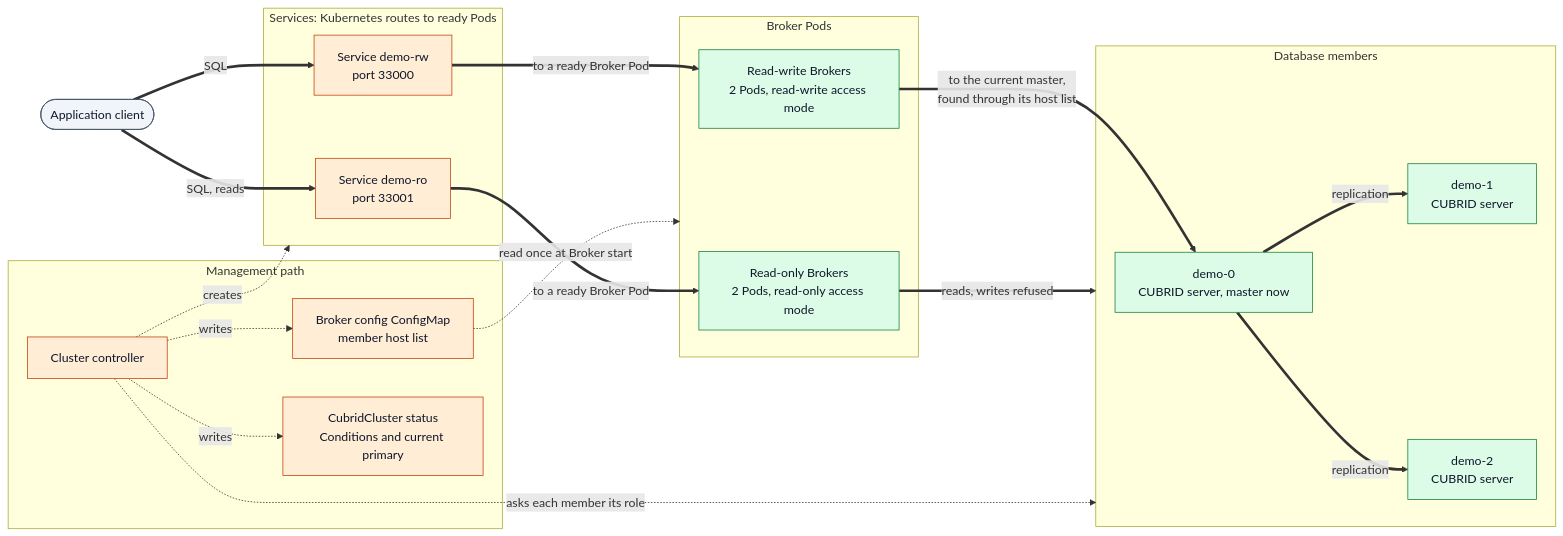
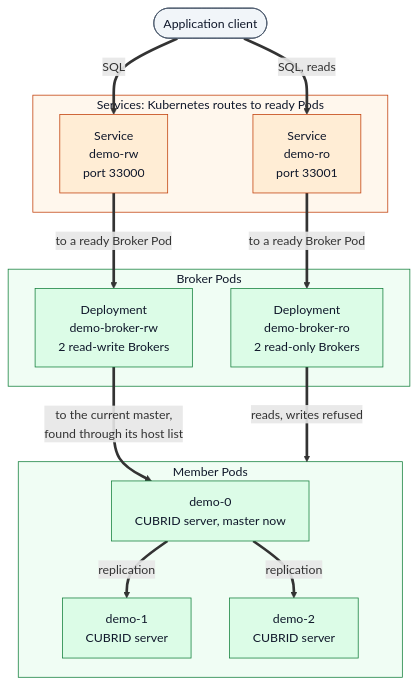
One commit to cubrid-lab/cubrid-kubernetes-operator changed the first of 2 diagrams in docs/architecture/data-path.md. Above: the diagram before and after it, drawn with Mermaid. The commit also changed other lines of this file and 4 other files, not shown here.

First line of the commit message:
docs(architecture): make the diagrams readable on GitHub and cite code by symbol (#653)

````diff
--- a/docs/architecture/data-path.md
+++ b/docs/architecture/data-path.md
@@ -20,46 +25,38 @@
 ```mermaid
-flowchart LR
+flowchart TB
     client(["Application client"]):::ext
 
     subgraph svc["Services: Kubernetes routes to ready Pods"]
-        rw["Service demo-rw<br/>port 33000"]:::op
-        ro["Service demo-ro<br/>port 33001"]:::op
+        rw["Service<br/>demo-rw<br/>port 33000"]:::op
+        ro["Service<br/>demo-ro<br/>port 33001"]:::op
     end
 
     subgraph brokers["Broker Pods"]
-        brw["Read-write Brokers<br/>2 Pods, read-write access mode"]:::cubrid
-        bro["Read-only Brokers<br/>2 Pods, read-only access mode"]:::cubrid
+        brw["Deployment<br/>demo-broker-rw<br/>2 read-write Brokers"]:::cubrid
+        bro["Deployment<br/>demo-broker-ro<br/>2 read-only Brokers"]:::cubrid
     end
 
-    subgraph members["Database members"]
+    subgraph members["Member Pods"]
         m0["demo-0<br/>CUBRID server, master now"]:::cubrid
         m1["demo-1<br/>CUBRID server"]:::cubrid
         m2["demo-2<br/>CUBRID server"]:::cubrid
-    end
-
-    subgraph opside["Management path"]
-        cc["Cluster controller"]:::op
-        cfg["Broker config ConfigMap<br/>member host list"]:::op
-        status["CubridCluster status<br/>Conditions and current primary"]:::op
     end
 
     client == "SQL" ==> rw
     client == "SQL, reads" ==> ro
     rw == "to a ready Broker Pod" ==> brw
     ro == "to a ready Broker Pod" ==> bro
     brw == "to the current master,<br/>found through its host list" ==> m0
     bro == "reads, writes refused" ==> members
     m0 == "replication" ==> m1
     m0 == "replication" ==> m2
 
-    cc -. "writes" .-> cfg
-    cfg -. "read once at Broker start" .-> brokers
-    cc -. "creates" .-> svc
-    cc -. "asks each member its role" .-> members
-    cc -. "writes" .-> status
-
     classDef k8s fill:#dbeafe,stroke:#1d4ed8,color:#0f172a
     classDef op fill:#ffedd5,stroke:#c2410c,color:#0f172a
     classDef cubrid fill:#dcfce7,stroke:#15803d,color:#0f172a
     classDef ext fill:#f1f5f9,stroke:#475569,color:#0f172a
+
+    style svc fill:#fff7ed,stroke:#c2410c,color:#0f172a
+    style brokers fill:#f0fdf4,stroke:#15803d,color:#0f172a
+    style members fill:#f0fdf4,stroke:#15803d,color:#0f172a
 ```
````
